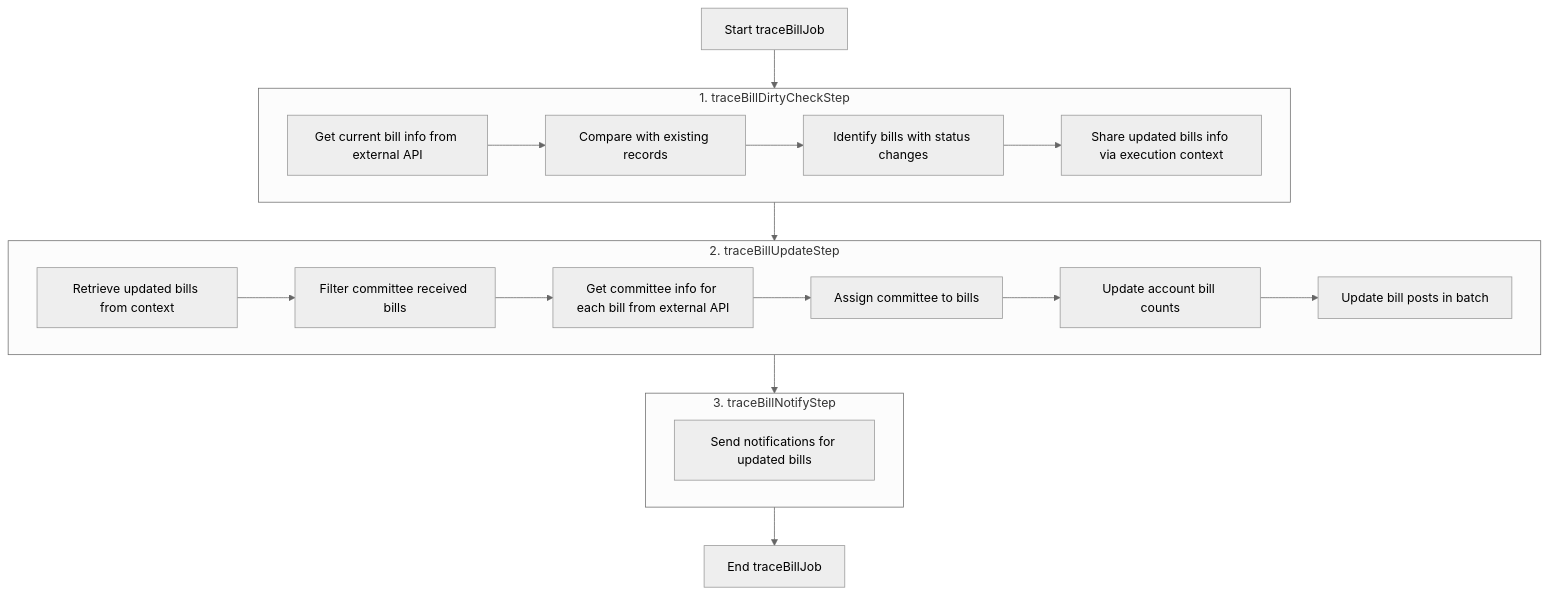
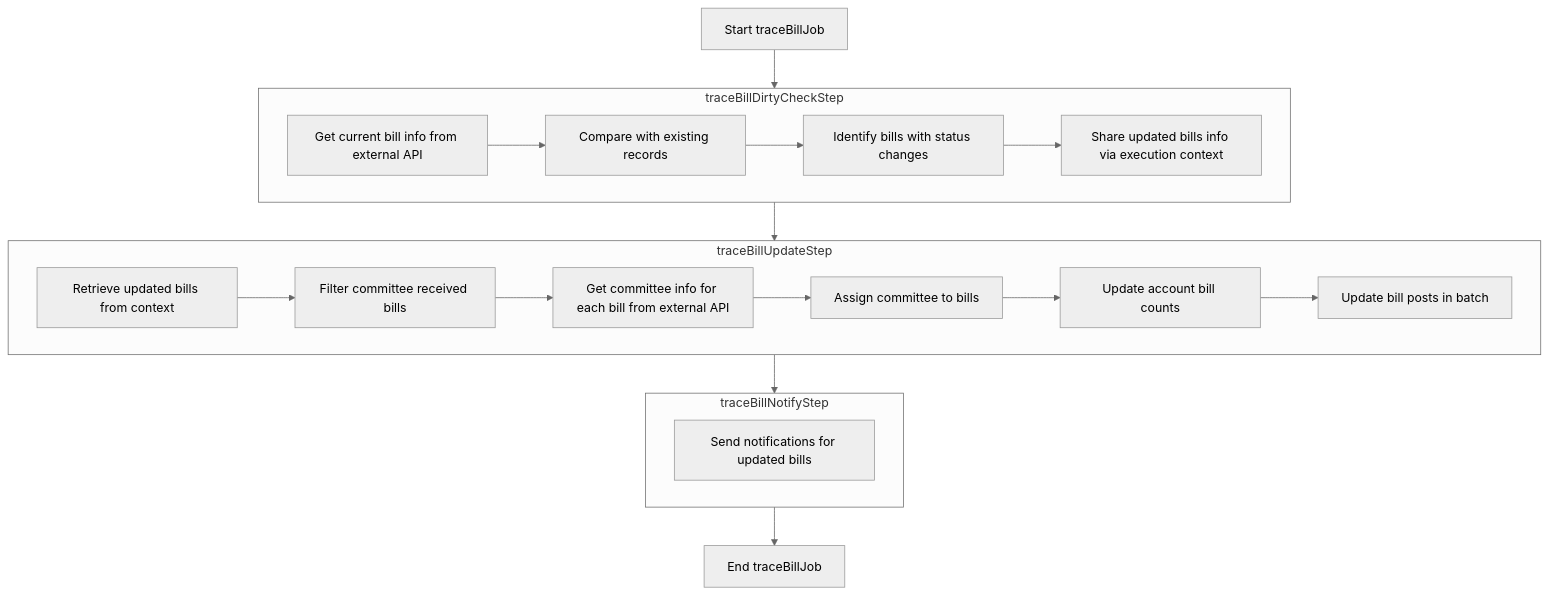
Before and after one commit to ogongchill/barlow: the third of 4 diagrams in batch/batch-core/README.md, drawn with Mermaid (neutral theme). The commit also changed other lines of this file, not shown here.

````diff
--- a/batch/batch-core/README.md
+++ b/batch/batch-core/README.md
@@ -101,34 +101,34 @@
 ```mermaid
 flowchart TD
     Start[Start traceBillJob]
     step1["1. traceBillDirtyCheckStep"]
     step2["2. traceBillUpdateStep"]
     step3["3. traceBillNotifyStep"]
     End[End traceBillJob]
     Start --> step1
     step1 --> step2
     step2 --> step3
     step3 --> End
 
-    subgraph step1 [1. traceBillDirtyCheckStep]
+    subgraph step1 [traceBillDirtyCheckStep]
         DC1[Get current bill info from external API]
         DC2[Compare with existing records]
         DC3[Identify bills with status changes]
         DC4[Share updated bills info via execution context]
         DC1 --> DC2 --> DC3 --> DC4
     end
 
-    subgraph step2 [2. traceBillUpdateStep]
+    subgraph step2 [traceBillUpdateStep]
         U1[Retrieve updated bills from context]
         U2[Filter committee received bills]
         U3[Get committee info for each bill from external API]
         U4[Assign committee to bills]
         U5[Update account bill counts]
         U6[Update bill posts in batch]
         U1 --> U2 --> U3 --> U4 --> U5 --> U6
     end
 
-    subgraph step3 [3. traceBillNotifyStep]
+    subgraph step3 [traceBillNotifyStep]
         N1[Send notifications for updated bills]
     end
 ```
````
